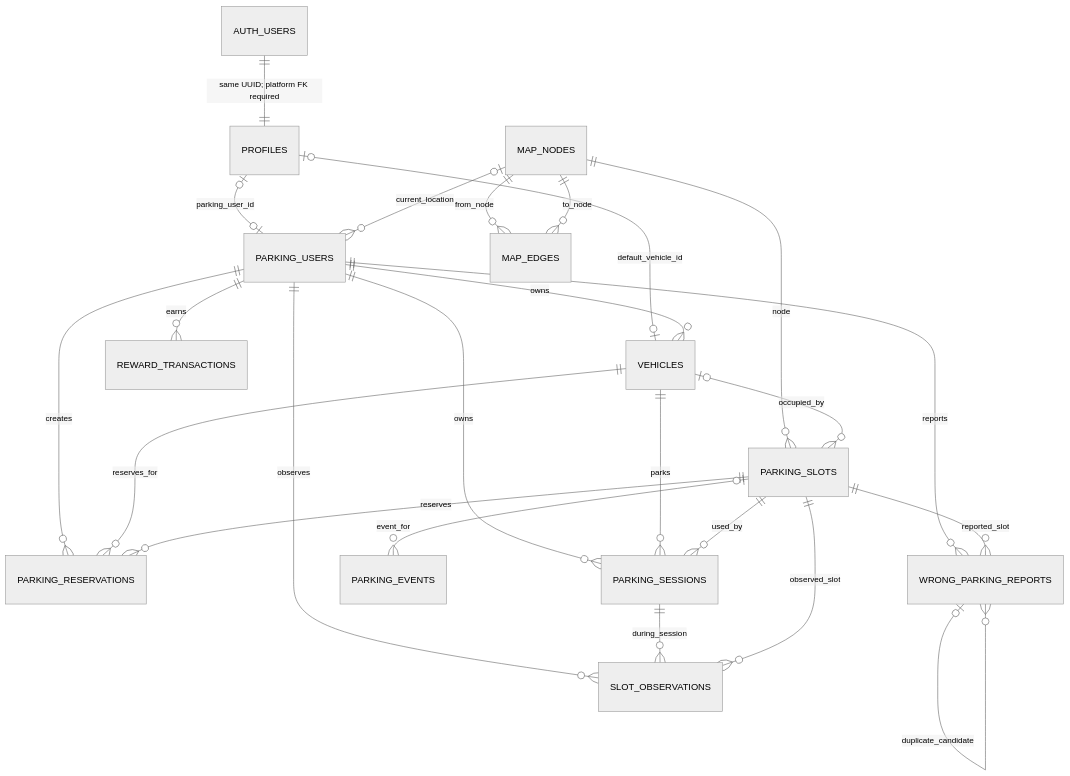
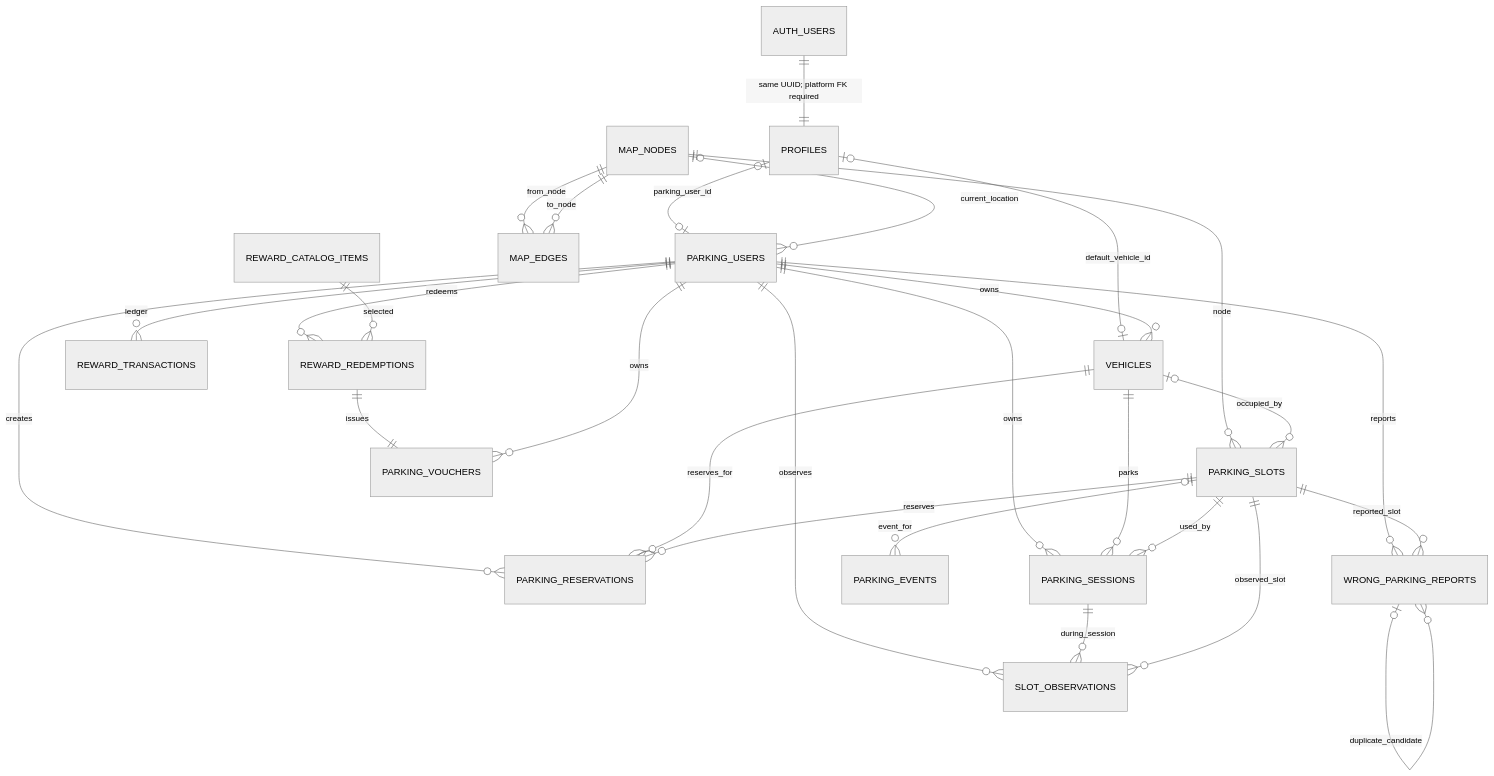
The diagram in docs/database/P152_DB_ERD.md (Ngducanh05/T-152), drawn with Mermaid (neutral theme) before and after one commit. The commit also changed other lines of this file and 41 other files, not shown here.

Commit message:
feat(rewards): add ParkSmart points and voucher flow

````diff
--- a/docs/database/P152_DB_ERD.md
+++ b/docs/database/P152_DB_ERD.md
@@ -15,35 +15,39 @@
 ```mermaid
 erDiagram
     AUTH_USERS ||--|| PROFILES : "same UUID; platform FK required"
     PROFILES o|--o| PARKING_USERS : "parking_user_id"
     PROFILES o|--o| VEHICLES : "default_vehicle_id"
 
     PARKING_USERS ||--o{ VEHICLES : owns
     MAP_NODES o|--o{ PARKING_USERS : current_location
 
     MAP_NODES ||--o{ PARKING_SLOTS : node
     MAP_NODES ||--o{ MAP_EDGES : from_node
     MAP_NODES ||--o{ MAP_EDGES : to_node
 
     VEHICLES o|--o{ PARKING_SLOTS : occupied_by
 
     PARKING_USERS ||--o{ PARKING_RESERVATIONS : creates
     VEHICLES ||--o{ PARKING_RESERVATIONS : reserves_for
     PARKING_SLOTS ||--o{ PARKING_RESERVATIONS : reserves
 
     PARKING_USERS ||--o{ PARKING_SESSIONS : owns
     VEHICLES ||--o{ PARKING_SESSIONS : parks
     PARKING_SLOTS ||--o{ PARKING_SESSIONS : used_by
 
     PARKING_SLOTS o|--o{ PARKING_EVENTS : event_for
 
     PARKING_USERS ||--o{ WRONG_PARKING_REPORTS : reports
     PARKING_SLOTS ||--o{ WRONG_PARKING_REPORTS : reported_slot
     WRONG_PARKING_REPORTS o|--o{ WRONG_PARKING_REPORTS : duplicate_candidate
 
     PARKING_USERS ||--o{ SLOT_OBSERVATIONS : observes
     PARKING_SESSIONS ||--o{ SLOT_OBSERVATIONS : during_session
     PARKING_SLOTS ||--o{ SLOT_OBSERVATIONS : observed_slot
 
-    PARKING_USERS ||--o{ REWARD_TRANSACTIONS : earns
+    PARKING_USERS ||--o{ REWARD_TRANSACTIONS : ledger
+    PARKING_USERS ||--o{ REWARD_REDEMPTIONS : redeems
+    REWARD_CATALOG_ITEMS ||--o{ REWARD_REDEMPTIONS : selected
+    REWARD_REDEMPTIONS ||--|| PARKING_VOUCHERS : issues
+    PARKING_USERS ||--o{ PARKING_VOUCHERS : owns
 ```
````
